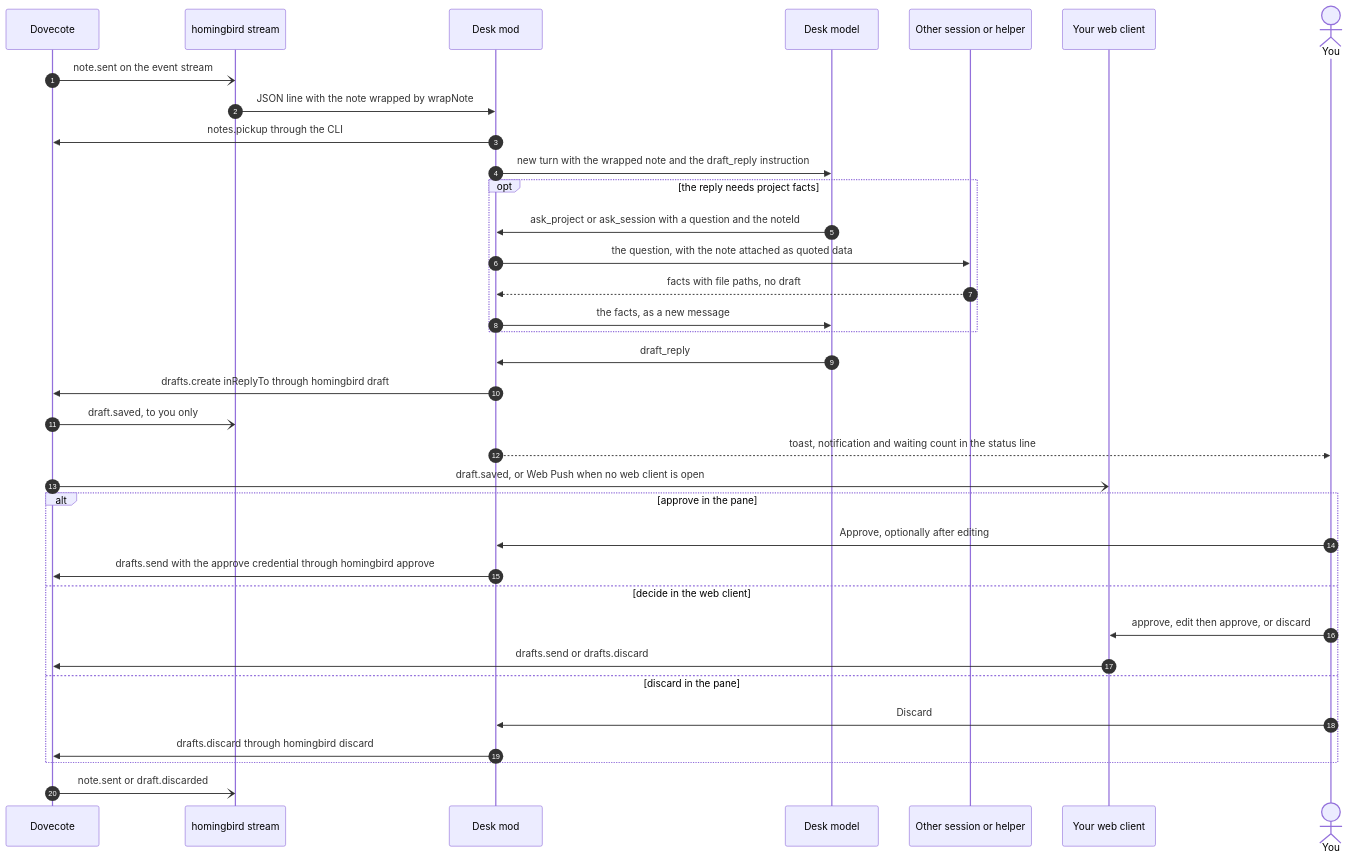
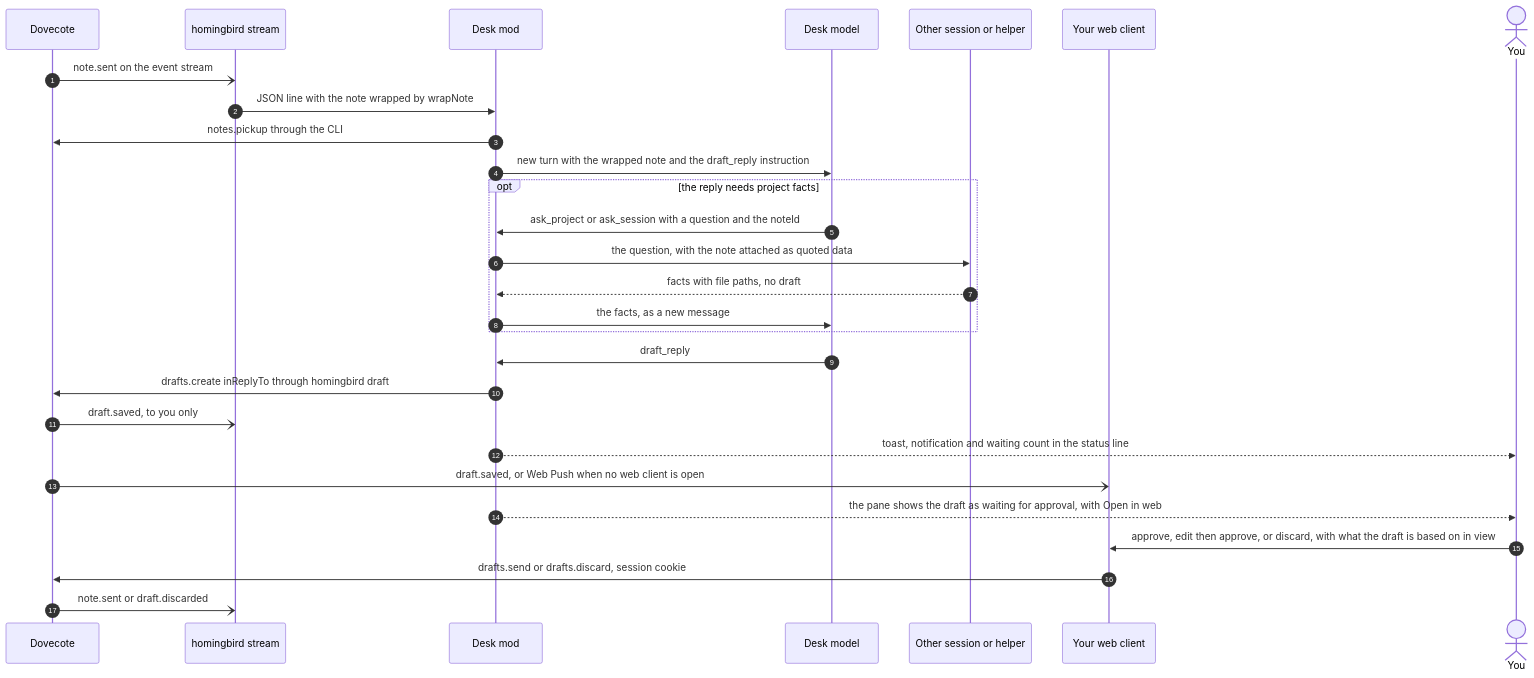
The fourth of 10 diagrams in docs/architecture.md (let-sunny/homingbird), drawn with Mermaid before and after one commit. The commit also changed other lines of this file and 8 other files, not shown here.

First line of the commit message:
docs(repo): describe approval in the web client, channels and the runner

````diff
--- a/docs/architecture.md
+++ b/docs/architecture.md
@@ -202,37 +196,30 @@
 ```mermaid
 sequenceDiagram
   autonumber
   participant S as Dovecote
   participant C as homingbird stream
   participant D as Desk mod
   participant M as Desk model
   participant P as Other session or helper
   participant W as Your web client
   actor H as You
   S-)C: note.sent on the event stream
   C->>D: JSON line with the note wrapped by wrapNote
   D->>S: notes.pickup through the CLI
   D->>M: new turn with the wrapped note and the draft_reply instruction
   opt the reply needs project facts
     M->>D: ask_project or ask_session with a question and the noteId
     D->>P: the question, with the note attached as quoted data
     P-->>D: facts with file paths, no draft
     D->>M: the facts, as a new message
   end
   M->>D: draft_reply
   D->>S: drafts.create inReplyTo through homingbird draft
   S-)C: draft.saved, to you only
   D-->>H: toast, notification and waiting count in the status line
   S-)W: draft.saved, or Web Push when no web client is open
-  alt approve in the pane
-    H->>D: Approve, optionally after editing
-    D->>S: drafts.send with the approve credential through homingbird approve
-  else decide in the web client
-    H->>W: approve, edit then approve, or discard
-    W->>S: drafts.send or drafts.discard
-  else discard in the pane
-    H->>D: Discard
-    D->>S: drafts.discard through homingbird discard
-  end
+  D-->>H: the pane shows the draft as waiting for approval, with Open in web
+  H->>W: approve, edit then approve, or discard, with what the draft is based on in view
+  W->>S: drafts.send or drafts.discard, session cookie
   S-)C: note.sent or draft.discarded
 ```
````
